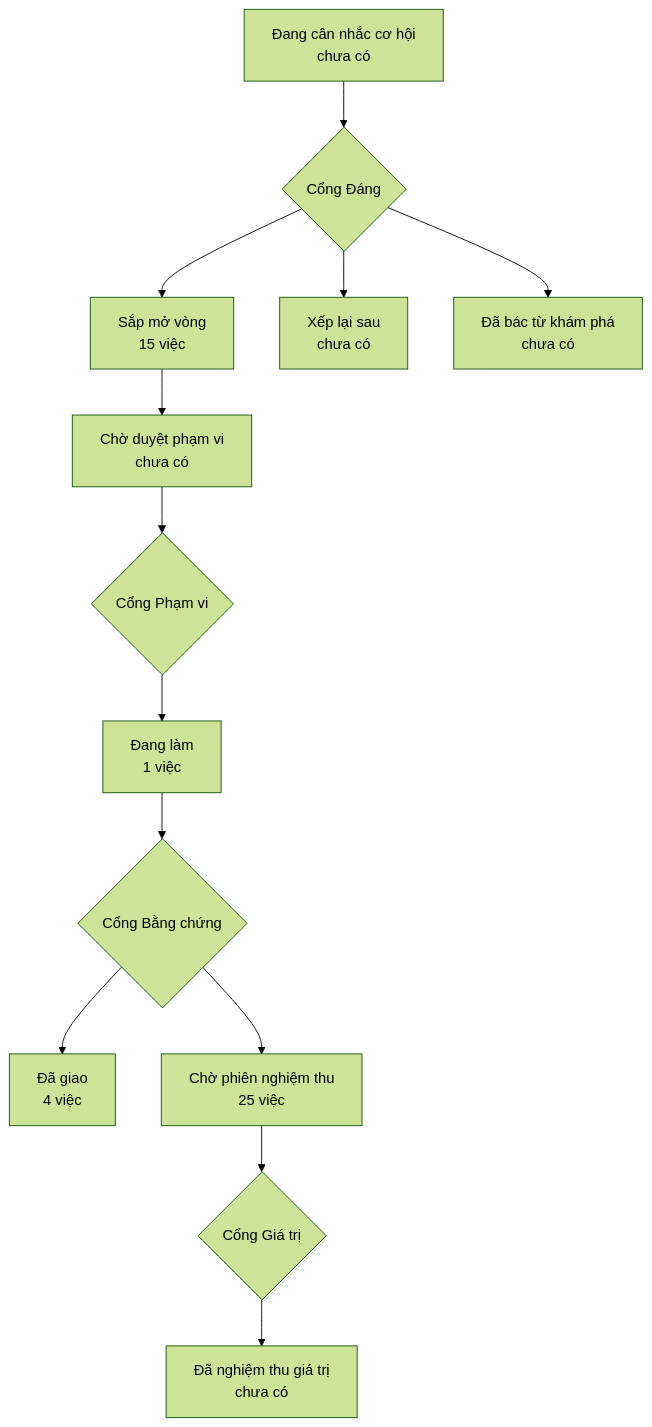
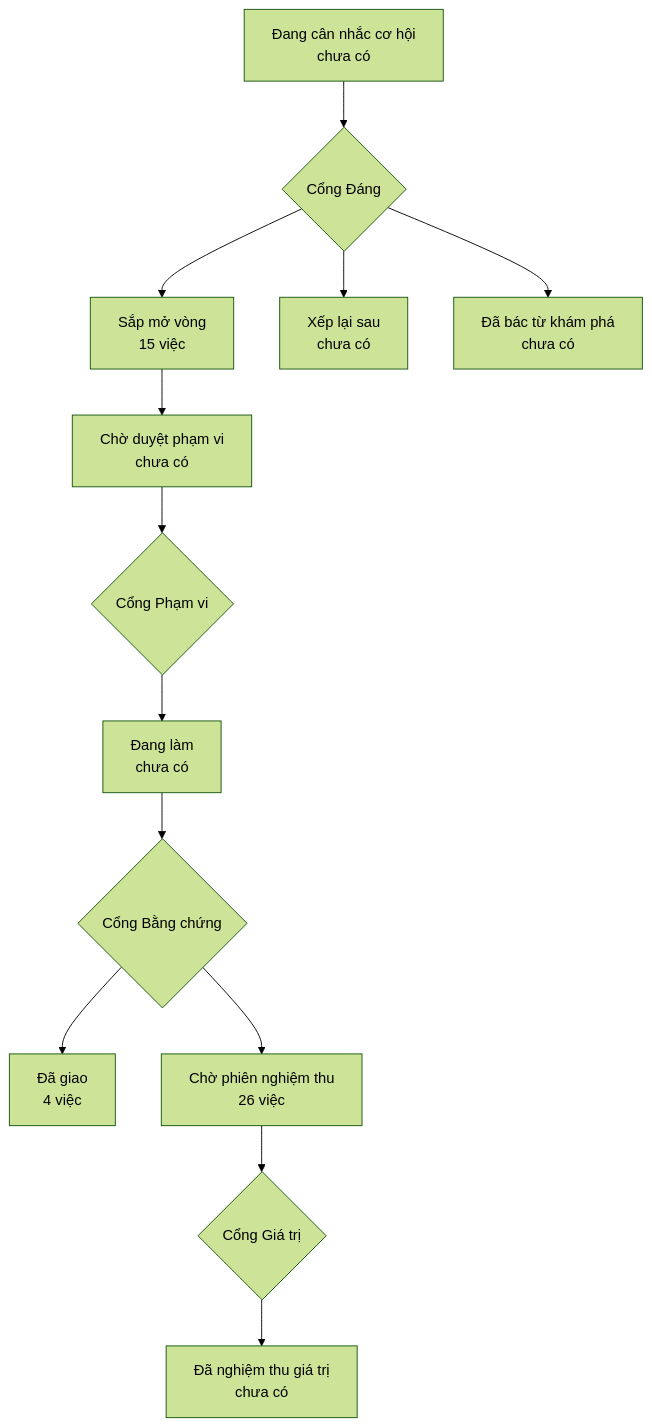
One commit to phanlemanh/onehub-quy-hang changed the diagram in PRODUCT-MAP.md. Above: the diagram before and after it, drawn with Mermaid (forest theme). The commit also changed other lines of this file and 4 other files, not shown here.

````diff
--- a/PRODUCT-MAP.md
+++ b/PRODUCT-MAP.md
@@ -7,12 +7,12 @@
 ```mermaid
 flowchart TD
   A["Đang cân nhắc cơ hội<br/>chưa có"] --> GD{"Cổng Đáng"}
   GD --> B["Sắp mở vòng<br/>15 việc"]
   GD --> XL["Xếp lại sau<br/>chưa có"]
   GD --> DB["Đã bác từ khám phá<br/>chưa có"]
   B --> CD["Chờ duyệt phạm vi<br/>chưa có"] --> GP{"Cổng Phạm vi"}
-  GP --> DL["Đang làm<br/>1 việc"] --> GB{"Cổng Bằng chứng"}
+  GP --> DL["Đang làm<br/>chưa có"] --> GB{"Cổng Bằng chứng"}
   GB --> DG["Đã giao<br/>4 việc"]
-  GB --> CN["Chờ phiên nghiệm thu<br/>25 việc"] --> GG{"Cổng Giá trị"}
+  GB --> CN["Chờ phiên nghiệm thu<br/>26 việc"] --> GG{"Cổng Giá trị"}
   GG --> NT["Đã nghiệm thu giá trị<br/>chưa có"]
 ```
````
